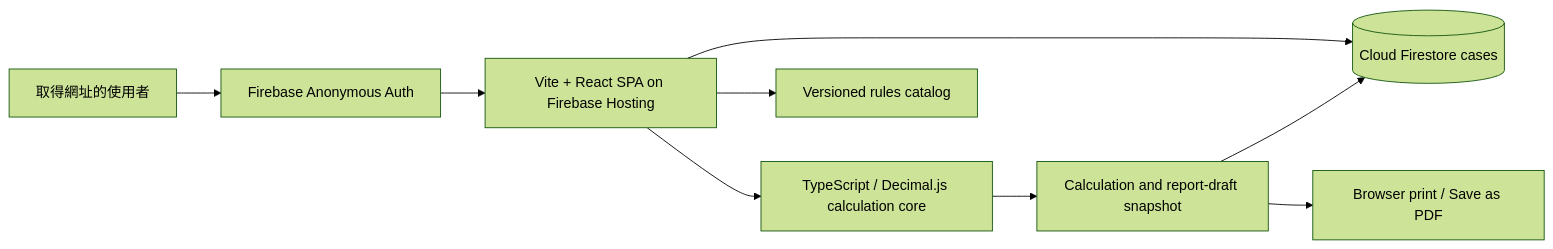
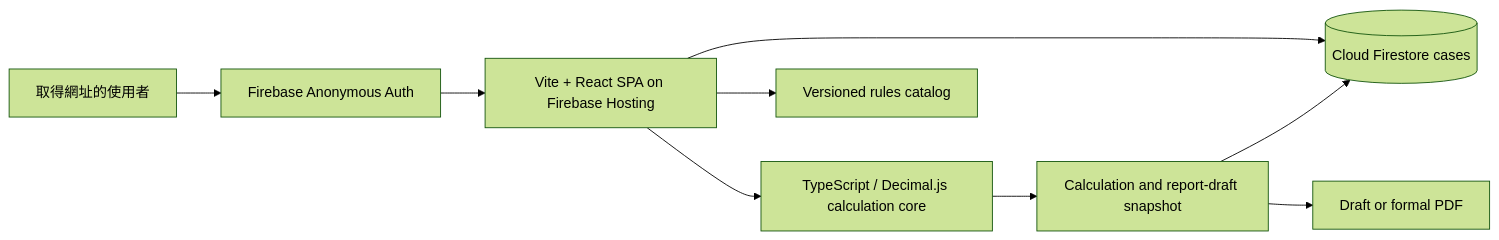
Before and after one commit to jedchang0308-jenfu/Grease-Trap-Design-System: the diagram in ai-doc/project_overview.md, drawn with Mermaid (forest theme). The commit also changed other lines of this file and 38 other files, not shown here.

Commit message:
feat: add volume-flow task and formal report output

````diff
--- a/ai-doc/project_overview.md
+++ b/ai-doc/project_overview.md
@@ -22,11 +22,11 @@
 ```mermaid
 flowchart LR
     U["取得網址的使用者"] --> AUTH["Firebase Anonymous Auth"]
     AUTH --> SPA["Vite + React SPA on Firebase Hosting"]
     SPA --> CALC["TypeScript / Decimal.js calculation core"]
     SPA --> RULE["Versioned rules catalog"]
     SPA --> FS[("Cloud Firestore cases")]
     CALC --> SNAP["Calculation and report-draft snapshot"]
     SNAP --> FS
-    SNAP --> PRINT["Browser print / Save as PDF"]
+    SNAP --> PRINT["Draft or formal PDF"]
 ```
````
